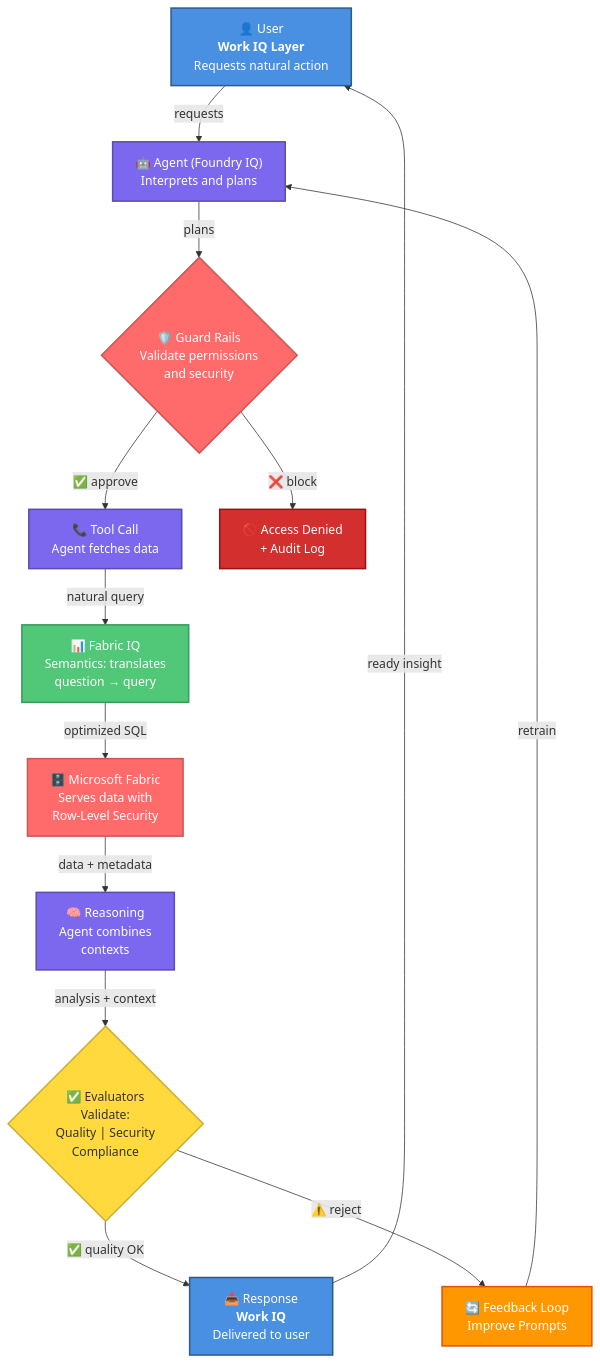
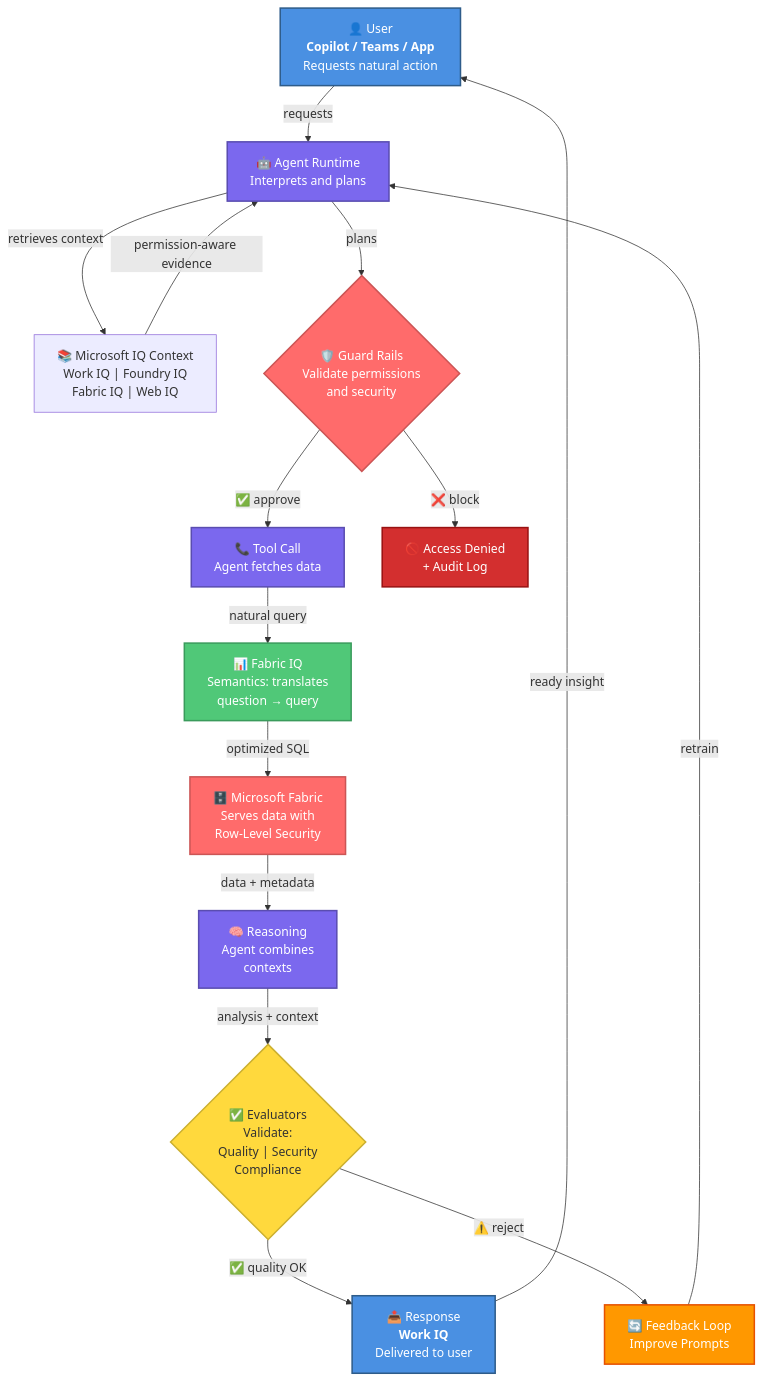
One commit to fabioharams/hubsp-ai-skill changed the second of 19 diagrams in references/02-reference-architecture-layers.md. Above: the diagram before and after it, drawn with Mermaid. The commit also changed other lines of this file and 19 other files, not shown here.

````diff
--- a/references/02-reference-architecture-layers.md
+++ b/references/02-reference-architecture-layers.md
@@ -120,37 +136,40 @@
 ```mermaid
 flowchart TD
-    A["👤 User<br/><b>Work IQ Layer</b><br/>Requests natural action"]
-    B["🤖 Agent (Foundry IQ)<br/>Interprets and plans"]
+    A["👤 User<br/><b>Copilot / Teams / App</b><br/>Requests natural action"]
+    B["🤖 Agent Runtime<br/>Interprets and plans"]
+    K["📚 Microsoft IQ Context<br/>Work IQ | Foundry IQ<br/>Fabric IQ | Web IQ"]
     C{"🛡️ Guard Rails<br/>Validate permissions<br/>and security"}
     D["📞 Tool Call<br/>Agent fetches data"]
     E["📊 Fabric IQ<br/>Semantics: translates<br/>question → query"]
     F["🗄️ Microsoft Fabric<br/>Serves data with<br/>Row-Level Security"]
     G["🧠 Reasoning<br/>Agent combines<br/>contexts"]
     H{"✅ Evaluators<br/>Validate:<br/>Quality | Security<br/>Compliance"}
     I["📤 Response<br/><b>Work IQ</b><br/>Delivered to user"]
     
     A -->|"requests"| B
+    B -->|"retrieves context"| K
+    K -->|"permission-aware evidence"| B
     B -->|"plans"| C
     C -->|"✅ approve"| D
     C -->|"❌ block"| Z["🚫 Access Denied<br/>+ Audit Log"]
     D -->|"natural query"| E
     E -->|"optimized SQL"| F
     F -->|"data + metadata"| G
     G -->|"analysis + context"| H
     H -->|"✅ quality OK"| I
     H -->|"⚠️ reject"| W["🔄 Feedback Loop<br/>Improve Prompts"]
     W -->|"retrain"| B
     I -->|"ready insight"| A
     
     style A fill:#4A90E2,stroke:#2E5C8A,color:#fff,stroke-width:2px
     style B fill:#7B68EE,stroke:#5A4DB0,color:#fff,stroke-width:2px
     style C fill:#FF6B6B,stroke:#CC5555,color:#fff,stroke-width:2px
     style D fill:#7B68EE,stroke:#5A4DB0,color:#fff,stroke-width:2px
     style E fill:#50C878,stroke:#3A9B5C,color:#fff,stroke-width:2px
     style F fill:#FF6B6B,stroke:#CC5555,color:#fff,stroke-width:2px
     style G fill:#7B68EE,stroke:#5A4DB0,color:#fff,stroke-width:2px
     style H fill:#FFD93D,stroke:#CCB030,color:#333,stroke-width:2px
     style I fill:#4A90E2,stroke:#2E5C8A,color:#fff,stroke-width:2px
     style Z fill:#D32F2F,stroke:#991212,color:#fff,stroke-width:2px
     style W fill:#FF9800,stroke:#E65100,color:#fff,stroke-width:2px
 ```
````
